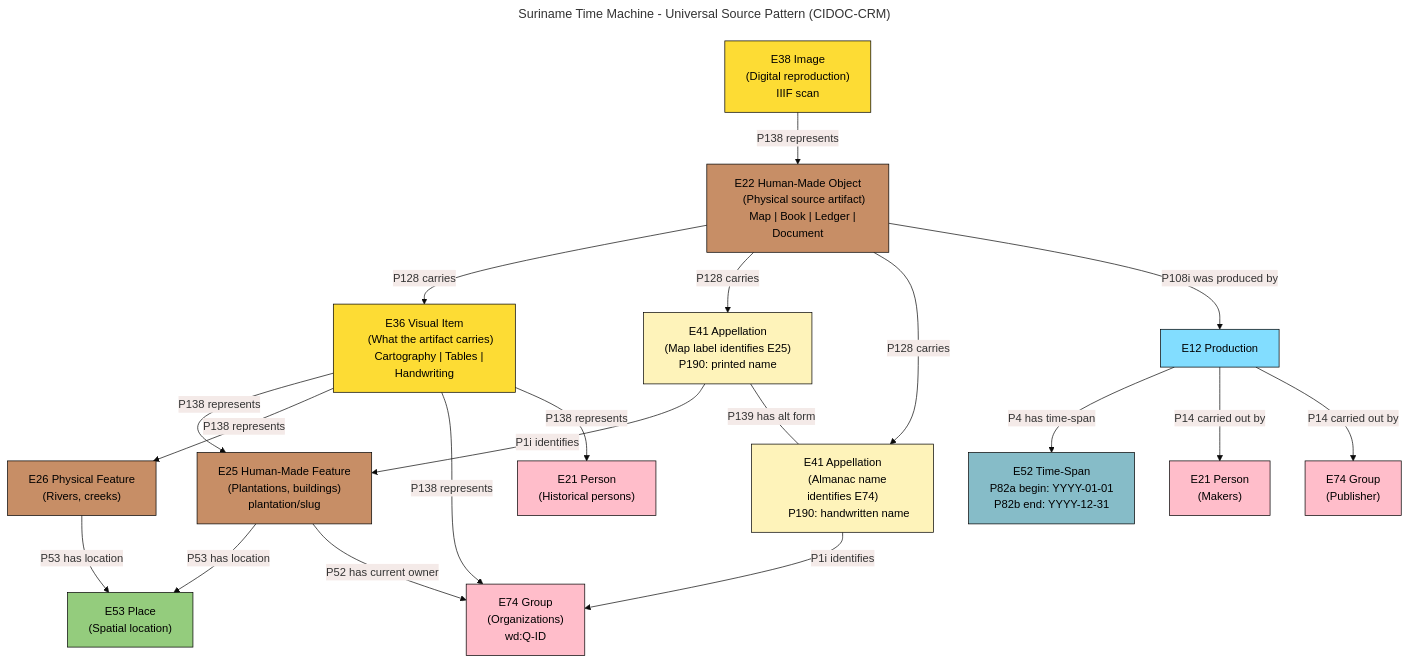
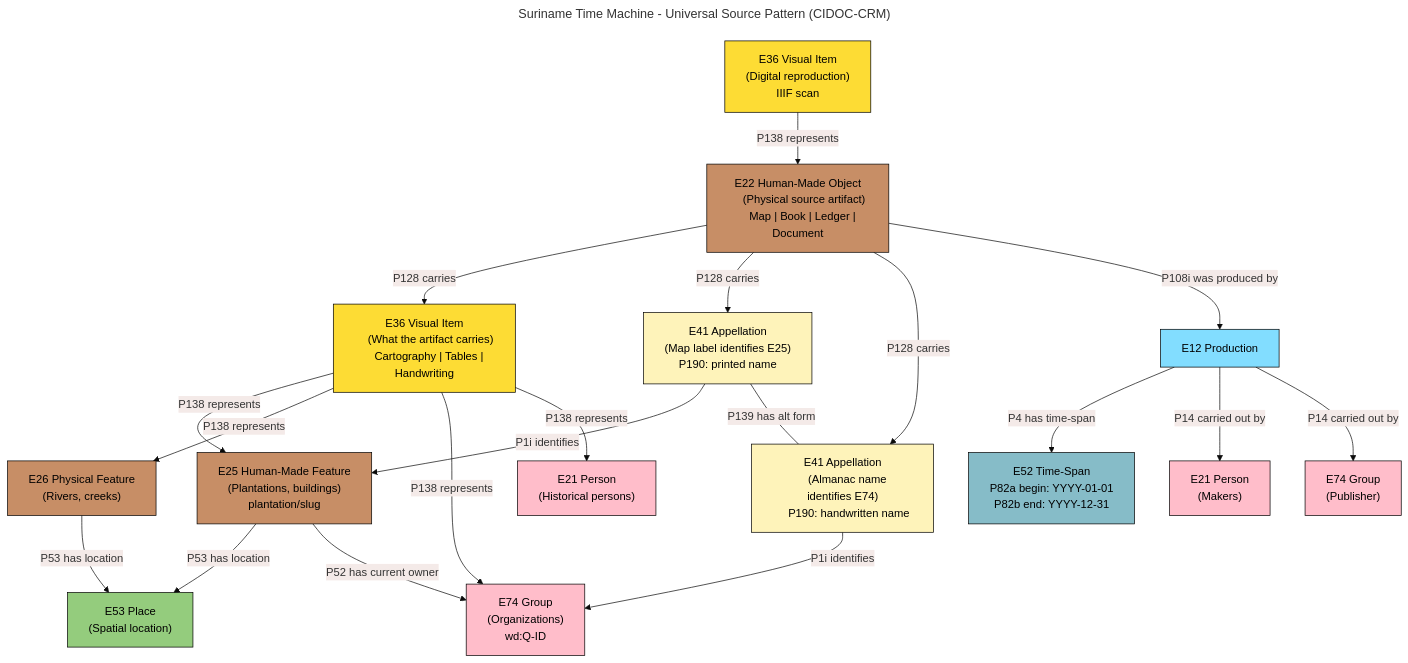
The diagram in docs/models/universal-source-pattern.mmd (jonaschlegel/suriname-database-model), drawn with Mermaid before and after one commit. The commit also changed 15 other files, not shown here.

```diff
--- a/docs/models/universal-source-pattern.mmd
+++ b/docs/models/universal-source-pattern.mmd
@@ -1,127 +1,127 @@
 ---
 title: Suriname Time Machine - Universal Source Pattern (CIDOC-CRM)
 ---
 %%{init: {'theme': 'base', 'themeVariables': { 'primaryColor': '#e8f4ea'}}}%%
 flowchart TB
     %% =============================================================
     %% UNIVERSAL SOURCE PATTERN
     %% Applies to: Maps, Almanacs, Slave Registers, Certificates
     %% =============================================================
 
     E22["E22 Human-Made Object
     (Physical source artifact)
     Map | Book | Ledger | Document"]
 
-    E38["E38 Image
+    E36_IMG["E36 Visual Item
     (Digital reproduction)
     IIIF scan"]
 
     E36["E36 Visual Item
     (What the artifact carries)
     Cartography | Tables | Handwriting"]
 
     E41_MAP["E41 Appellation
     (Map label identifies E25)
     P190: printed name"]
 
     E41_ALM["E41 Appellation
     (Almanac name identifies E74)
     P190: handwritten name"]
 
     E12["E12 Production"]
 
     E52["E52 Time-Span
     P82a begin: YYYY-01-01
     P82b end: YYYY-12-31"]
 
     E21["E21 Person
     (Makers)"]
 
     E74_PUB["E74 Group
     (Publisher)"]
 
     %% =============================================================
     %% WHAT THE SOURCE REPRESENTS (varies by source type)
     %% =============================================================
 
     E25["E25 Human-Made Feature
     (Plantations, buildings)
     plantation/slug"]
 
     E26["E26 Physical Feature
     (Rivers, creeks)"]
 
     E74_ORG["E74 Group
     (Organizations)
     wd:Q-ID"]
 
     E21_PERSON["E21 Person
     (Historical persons)"]
 
     E53["E53 Place
     (Spatial location)"]
 
     %% =============================================================
     %% RELATIONSHIPS
     %% =============================================================
 
     %% Physical artifact carries visual content AND names
     E22 -->|"P128 carries"| E36
     E22 -->|"P128 carries"| E41_MAP
     E22 -->|"P128 carries"| E41_ALM
 
     %% Digital scan represents physical (P138)
-    E38 -->|"P138 represents"| E22
+    E36_IMG -->|"P138 represents"| E22
 
     %% Production with time-span (gives temporal scope to names)
     E22 -->|"P108i was produced by"| E12
     E12 -->|"P4 has time-span"| E52
     E12 -->|"P14 carried out by"| E21
     E12 -->|"P14 carried out by"| E74_PUB
 
     %% Visual represents different things depending on source type
     E36 -->|"P138 represents"| E25
     E36 -->|"P138 represents"| E26
     E36 -->|"P138 represents"| E74_ORG
     E36 -->|"P138 represents"| E21_PERSON
 
     %% Names identify DIFFERENT entity types depending on source
     E41_MAP -->|"P1i identifies"| E25
     E41_ALM -->|"P1i identifies"| E74_ORG
     E41_MAP ---|"P139 has alt form"| E41_ALM
 
     %% Things/features have locations
     E25 -->|"P53 has location"| E53
     E26 -->|"P53 has location"| E53
 
     %% Plantation owned by organization (separate entities)
     E25 -->|"P52 has current owner"| E74_ORG
 
     %% =============================================================
     %% STYLING
     %% =============================================================
 
     %% CRITERIA / George Bruseker CIDOC-CRM colour scheme
     %% See: https://github.com/chin-rcip/CRITERIA
 
     classDef crm_E18_Physical_Thing fill:#c78e66,stroke:#000000,color:#000000
     classDef crm_E28_Conceptual_Object fill:#fddc34,stroke:#000000,color:#000000
     classDef crm_E41_Appellation fill:#fef3ba,stroke:#000000,color:#000000
     classDef crm_E53_Place fill:#94cc7d,stroke:#000000,color:#000000
     classDef crm_E39_Actor fill:#ffbdca,stroke:#000000,color:#000000
     classDef crm_E2_Temporal_Entity fill:#82ddff,stroke:#000000,color:#000000
     classDef crm_E52_Time_Span fill:#86bcc8,stroke:#000000,color:#000000
 
     class E22 crm_E18_Physical_Thing
-    class E38 crm_E28_Conceptual_Object
+    class E36_IMG crm_E28_Conceptual_Object
     class E36 crm_E28_Conceptual_Object
     class E41_MAP crm_E41_Appellation
     class E41_ALM crm_E41_Appellation
     class E25 crm_E18_Physical_Thing
     class E53 crm_E53_Place
     class E26 crm_E18_Physical_Thing
     class E74_ORG crm_E39_Actor
     class E74_PUB crm_E39_Actor
     class E21,E21_PERSON crm_E39_Actor
     class E12 crm_E2_Temporal_Entity
     class E52 crm_E52_Time_Span
```
